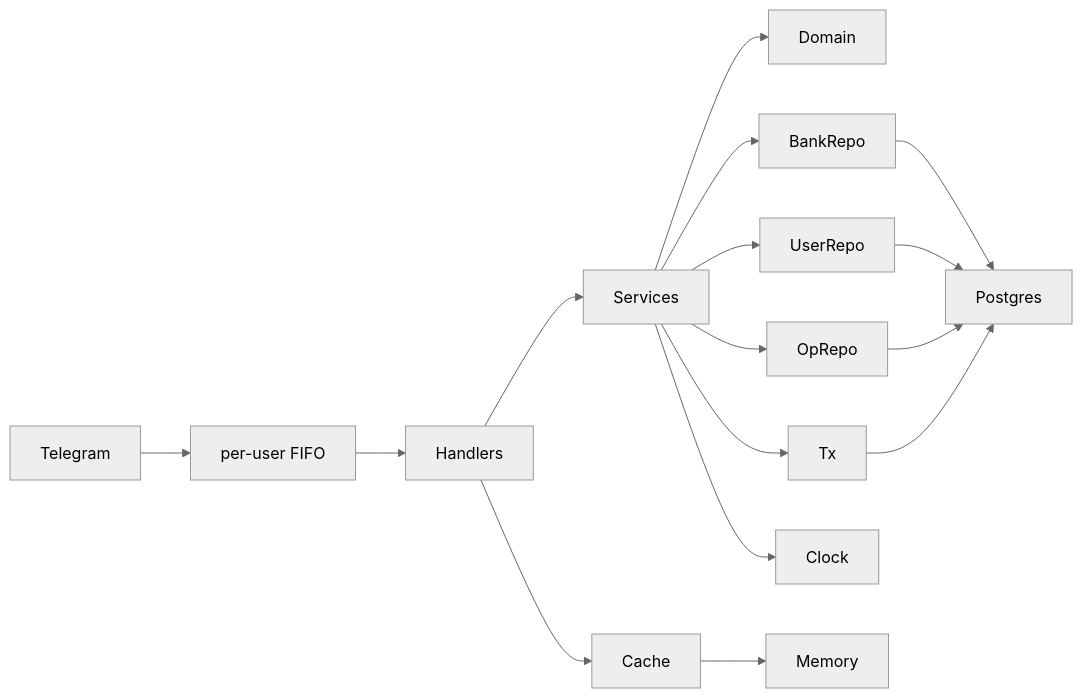
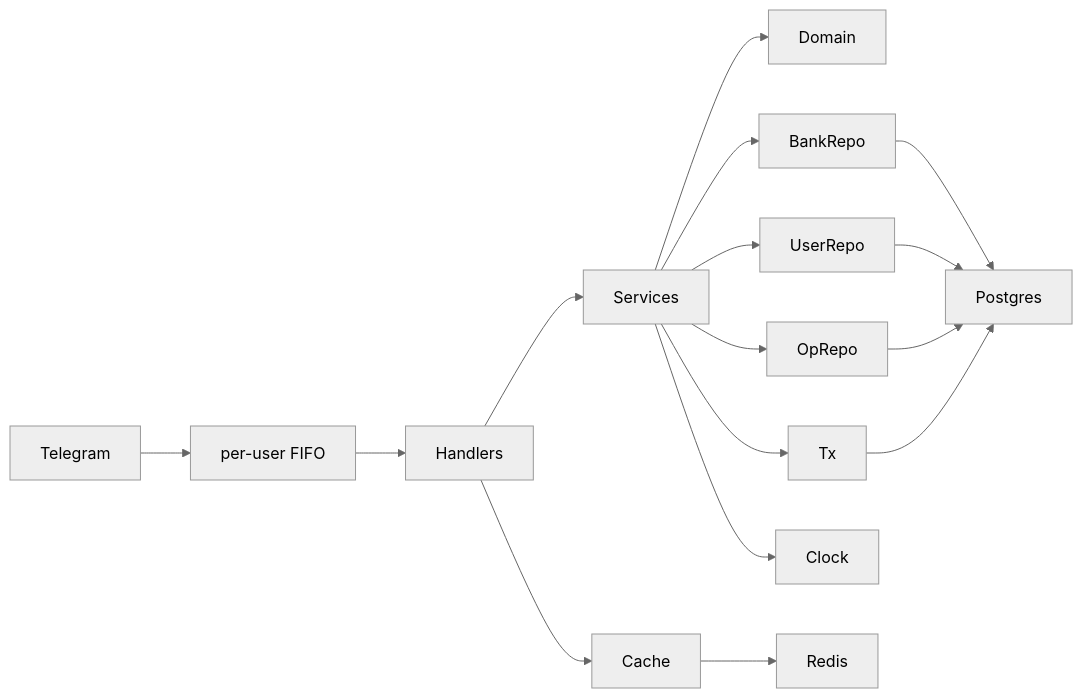
The diagram in docs/sdd/areas/service.md (undochlorine/finbot), drawn with Mermaid (neutral theme) before and after one commit. The commit also changed other lines of this file and 12 other files, not shown here.

First line of the commit message:
feat: switch the bot Cache to Redis

````diff
--- a/docs/sdd/areas/service.md
+++ b/docs/sdd/areas/service.md
@@ -24,18 +25,18 @@
 ```mermaid
 flowchart LR
   TG[Telegram] --> Pending[per-user FIFO]
   Pending --> Handlers
   Handlers --> Services
   Services --> Domain
   Services --> BankRepo
   Services --> UserRepo
   Services --> OpRepo
   Services --> Tx
   Services --> Clock
   BankRepo --> Postgres
   UserRepo --> Postgres
   OpRepo --> Postgres
   Tx --> Postgres
   Handlers --> Cache
-  Cache --> Memory
+  Cache --> Redis
 ```
````
